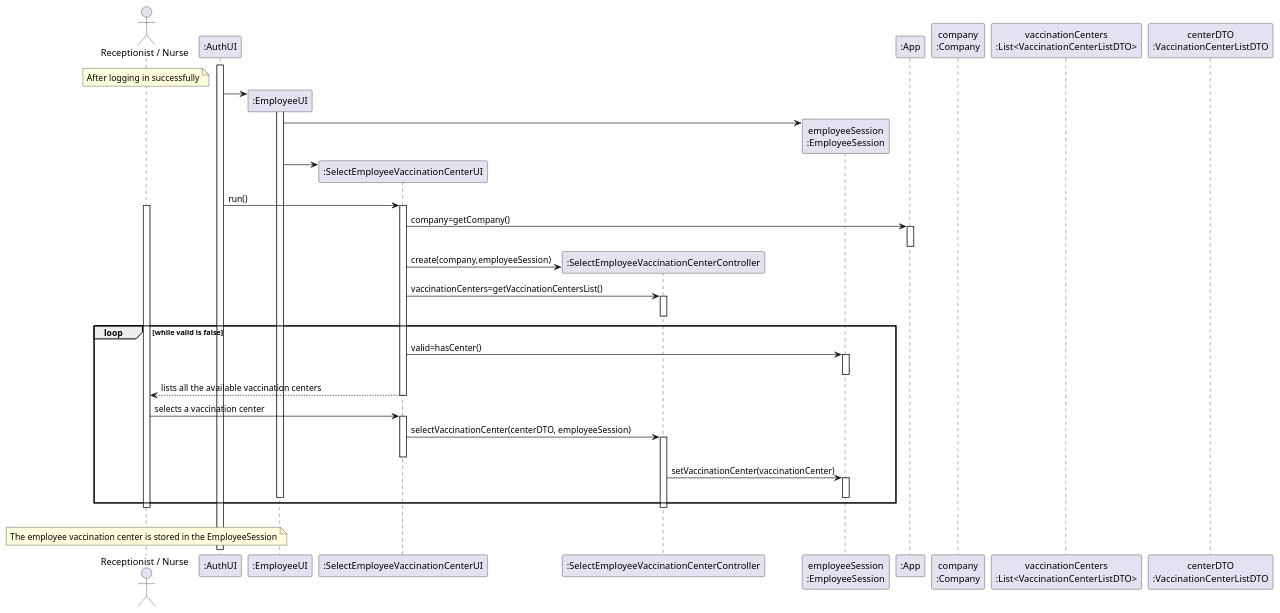
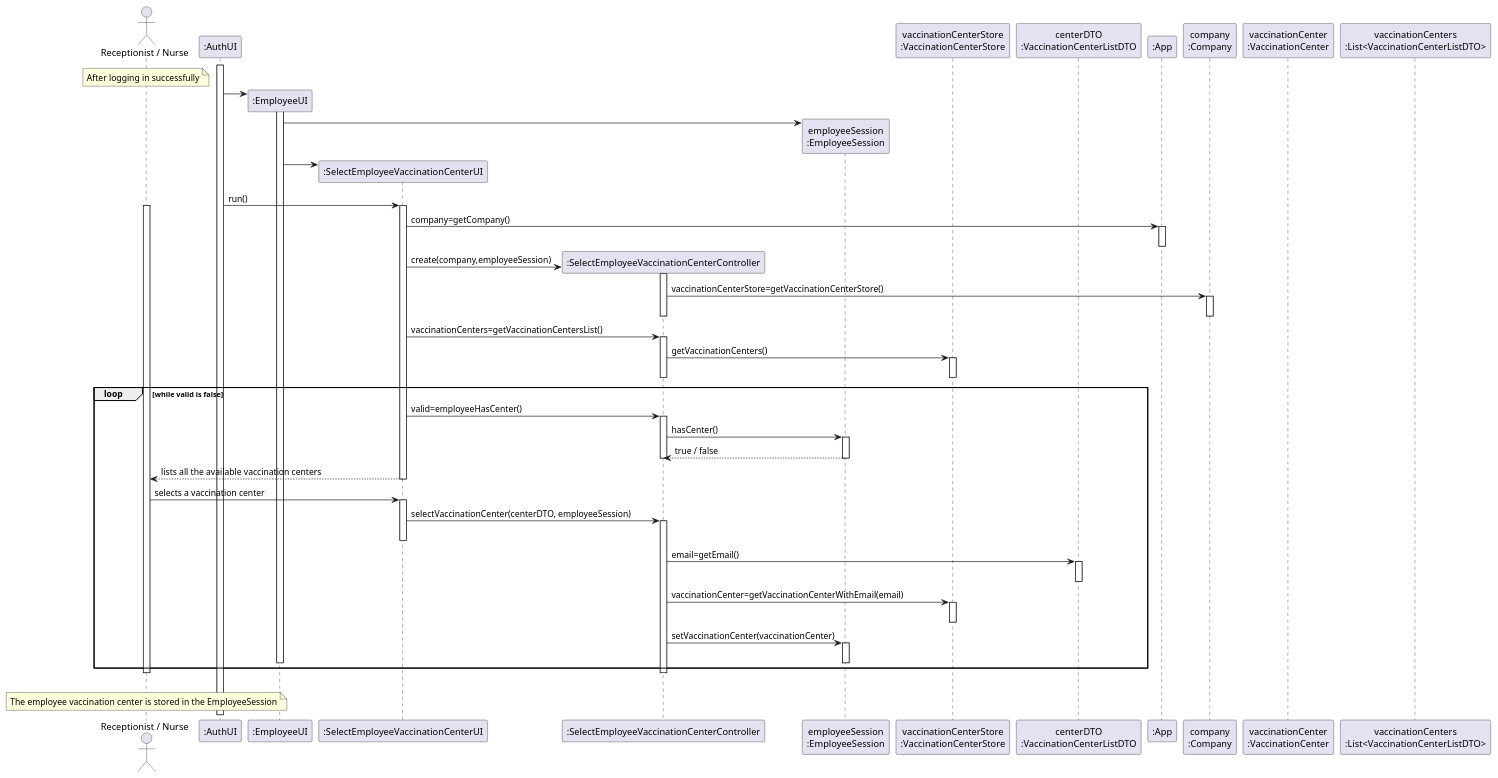
One commit to miseEnPlace-i/lapr2 changed the diagram in docs/SprintC/US05/SD/EmployeeLogin_SD.puml. Above: the diagram before and after it, drawn with PlantUML. The commit also changed 5 other files, not shown here.

Commit message:
fix: fixed select employee center SD

```diff
--- a/docs/SprintC/US05/SD/EmployeeLogin_SD.puml
+++ b/docs/SprintC/US05/SD/EmployeeLogin_SD.puml
@@ -1,72 +1,94 @@
 @startuml
 actor "Receptionist / Nurse" as NUR
 
 note over NUR
  After logging in successfully
 end note
 
 participant ":AuthUI" as AUTHUI
 
 activate AUTHUI
 create ":EmployeeUI" as EUI
 AUTHUI -> EUI **
 create ":SelectEmployeeVaccinationCenterUI" as UI
 participant ":SelectEmployeeVaccinationCenterController" as CTRL
 participant "employeeSession\n:EmployeeSession" as SESSION
+participant "company\n:Company" as COMP
+participant "vaccinationCenterStore\n:VaccinationCenterStore" as VACCS
+participant "centerDTO\n:VaccinationCenterListDTO" as CDTO
 activate EUI
 EUI -> SESSION **
 EUI -> UI **
 AUTHUI -> UI : run()
 activate UI
 participant ":App" as APP
 activate NUR
 
 UI -> APP : company=getCompany()
 activate APP
 deactivate APP
 
 
 UI -> CTRL ** : create(company,employeeSession)
+activate CTRL
+CTRL -> COMP : vaccinationCenterStore=getVaccinationCenterStore()
+activate COMP
+deactivate COMP
+deactivate CTRL
 
 UI -> CTRL : vaccinationCenters=getVaccinationCentersList()
 activate CTRL
+CTRL -> VACCS : getVaccinationCenters()
+activate VACCS
+deactivate VACCS
+
 deactivate CTRL
 
 loop while valid is false
-UI -> SESSION : valid=hasCenter()
+UI -> CTRL : valid=employeeHasCenter()
+activate CTRL
+CTRL -> SESSION : hasCenter()
 activate SESSION
+SESSION --> CTRL : true / false
+deactivate CTRL
 deactivate SESSION
 
 UI --> NUR : lists all the available vaccination centers
 deactivate UI
 
 participant "company\n:Company" as COMP
 
 NUR -> UI : selects a vaccination center
 activate UI
 UI -> CTRL : selectVaccinationCenter(centerDTO, employeeSession)
 activate CTRL
 deactivate UI
+CTRL -> CDTO : email=getEmail()
+activate CDTO
+deactivate CDTO
+CTRL -> VACCS : vaccinationCenter=getVaccinationCenterWithEmail(email)
+activate VACCS
+deactivate VACCS
 CTRL -> SESSION : setVaccinationCenter(vaccinationCenter)
 activate SESSION
 deactivate SESSION
 deactivate EUI
 
 
 end loop
 
 deactivate CTRL
 
 deactivate UI
 
 deactivate NUR
 
+participant "vaccinationCenter\n:VaccinationCenter" 
 participant "vaccinationCenters\n:List<VaccinationCenterListDTO>" 
-participant "centerDTO\n:VaccinationCenterListDTO" 
 
 |||
 
 note over NUR
   The employee vaccination center is stored in the EmployeeSession
 end note
 @enduml
```
